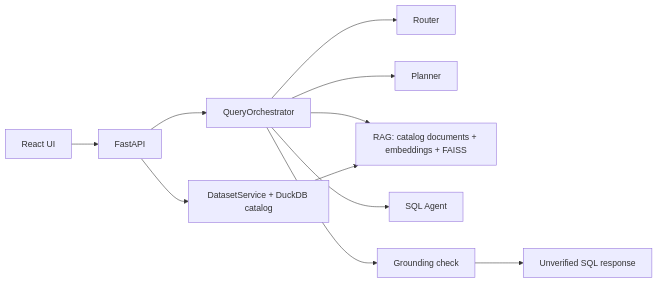
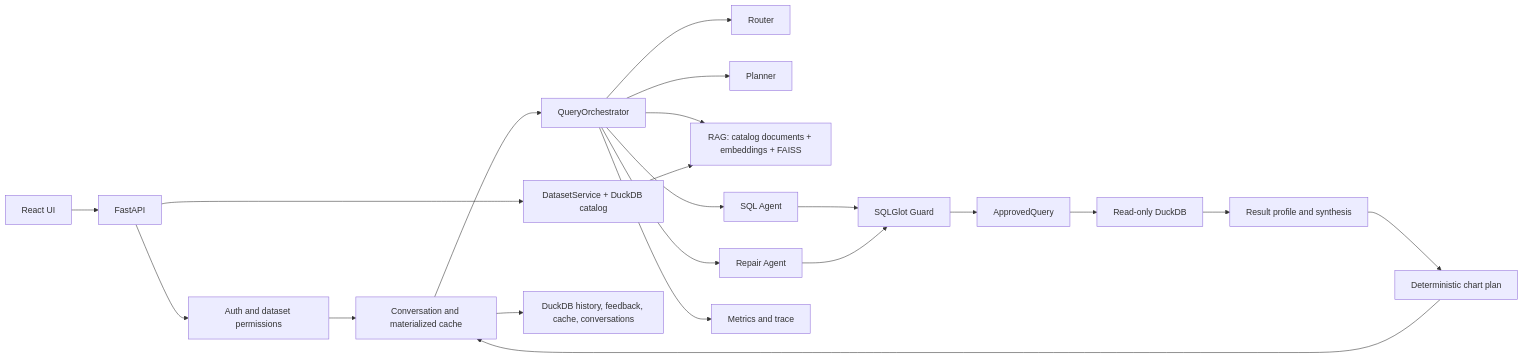
One commit to abhyuday25/DataTrust changed the diagram in docs/architecture.md. Above: the diagram before and after it, drawn with Mermaid. The commit also changed other lines of this file and 38 other files, not shown here.

````diff
--- a/docs/architecture.md
+++ b/docs/architecture.md
@@ -3,13 +3,23 @@
 ```mermaid
 flowchart LR
   UI[React UI] --> API[FastAPI]
-  API --> O[QueryOrchestrator]
+  API --> A[Auth and dataset permissions]
+  A --> C[Conversation and materialized cache]
+  C --> O[QueryOrchestrator]
   O --> R[Router]
   O --> P[Planner]
   O --> G[RAG: catalog documents + embeddings + FAISS]
   O --> S[SQL Agent]
-  O --> V[Grounding check]
-  V --> U[Unverified SQL response]
+  S --> V[SQLGlot Guard]
+  V --> Q[ApprovedQuery]
+  Q --> E[Read-only DuckDB]
+  E --> F[Result profile and synthesis]
+  F --> H[Deterministic chart plan]
+  H --> C
+  O --> RP[Repair Agent]
+  RP --> V
   API --> D[DatasetService + DuckDB catalog]
   D --> G
+  C --> M[DuckDB history, feedback, cache, conversations]
+  O --> T[Metrics and trace]
 ```
````
